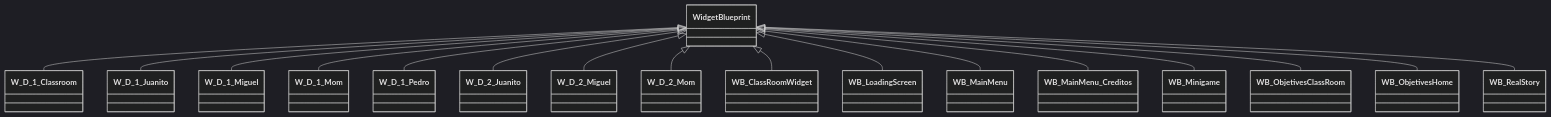
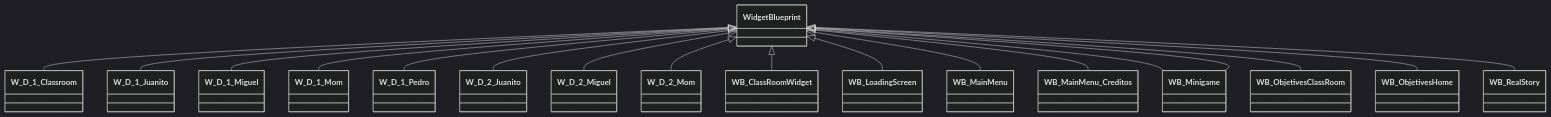
The ninth of 10 diagrams in README.md (JSantosFdez/DEV24-SantosFernandez), drawn with Mermaid (dark theme) before and after one commit. The commit also changed other lines of this file, not shown here.

````diff
--- a/README.md
+++ b/README.md
@@ -426,19 +434,20 @@
 ```mermaid
 classDiagram
       Widget Blueprint <|-- W_D_1_Classroom
       Widget Blueprint <|-- W_D_1_Juanito
       Widget Blueprint <|-- W_D_1_Miguel
       Widget Blueprint <|-- W_D_1_Mom
       Widget Blueprint <|-- W_D_1_Pedro
       Widget Blueprint <|-- W_D_2_Juanito
       Widget Blueprint <|-- W_D_2_Miguel
       Widget Blueprint <|-- W_D_2_Mom
       Widget Blueprint <|-- WB_ClassRoomWidget
       Widget Blueprint <|-- WB_LoadingScreen
       Widget Blueprint <|-- WB_MainMenu
       Widget Blueprint <|-- WB_MainMenu_Creditos
       Widget Blueprint <|-- WB_Minigame
       Widget Blueprint <|-- WB_ObjetivesClassRoom
       Widget Blueprint <|-- WB_ObjetivesHome
       Widget Blueprint <|-- WB_RealStory
+      Widget Blueprint <|-- WB_Minigame
 ```
````
